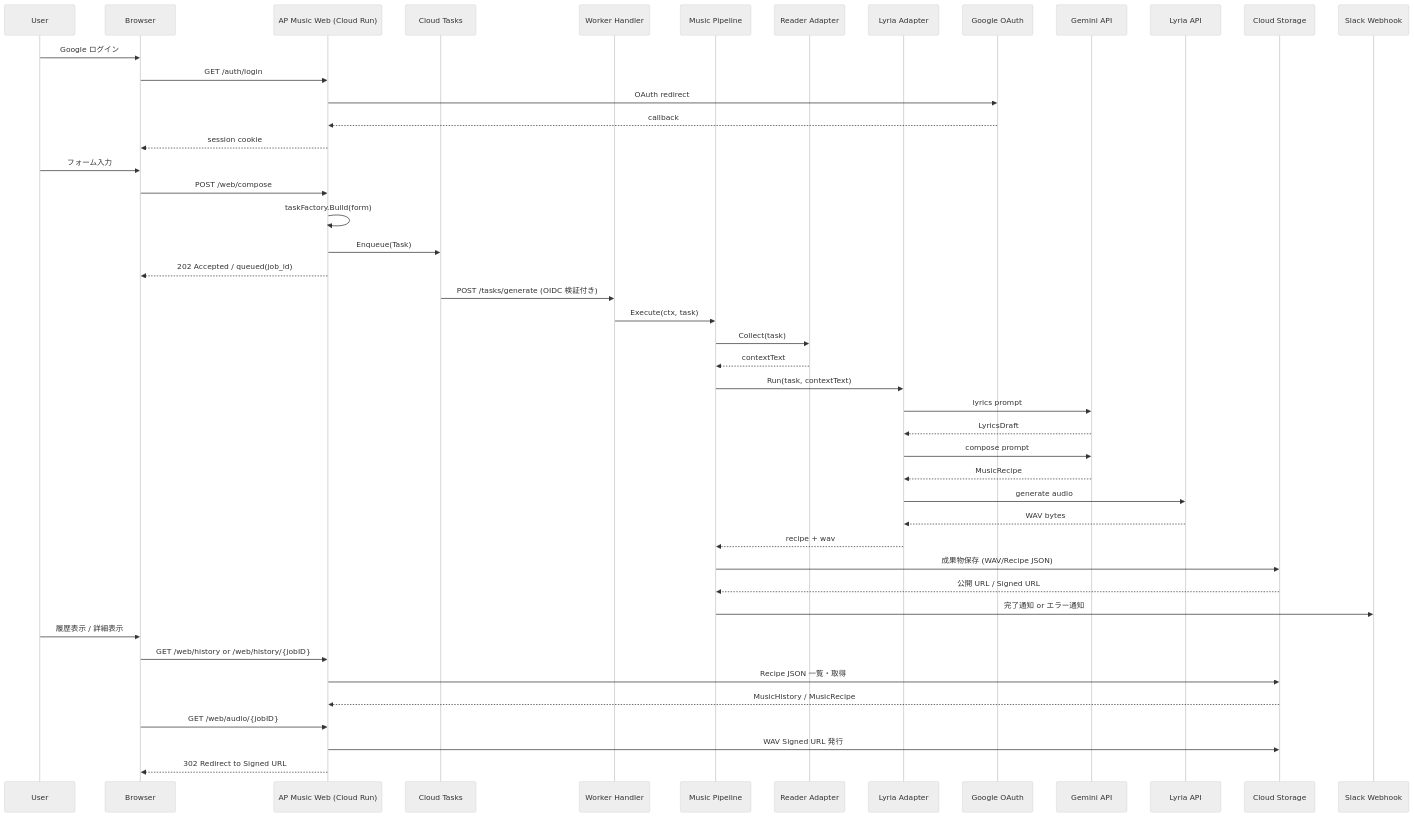
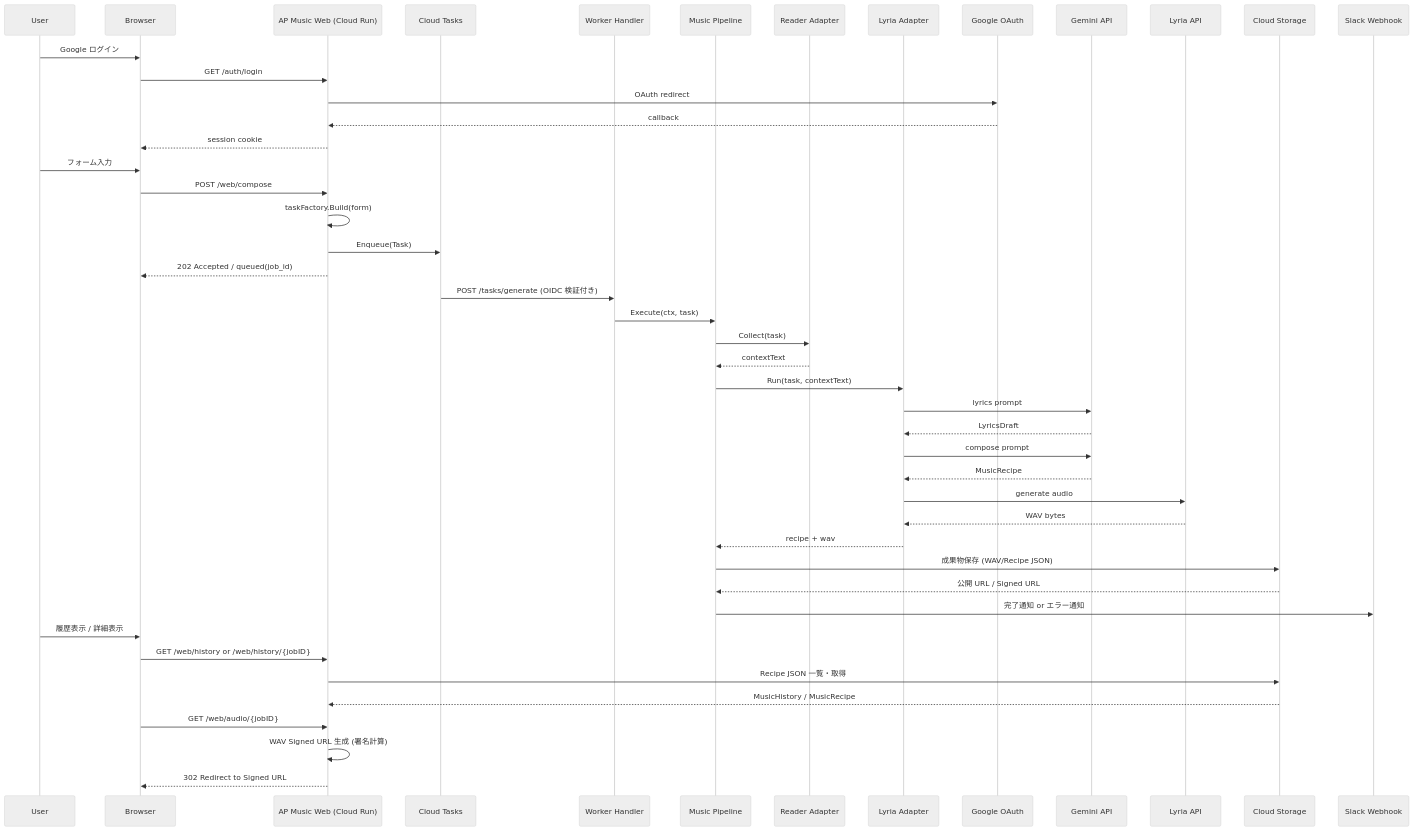
The diagram in README.md (shouni/ap-music), drawn with Mermaid (neutral theme) before and after one commit. The commit also changed other lines of this file, not shown here.

Commit message:
Update README: clarify `PORT` description for Cloud Run and refine sequence diagram details

````diff
--- a/README.md
+++ b/README.md
@@ -160,55 +160,55 @@
 ```mermaid
 sequenceDiagram
     participant User as User
     participant Browser as Browser
     participant Web as AP Music Web (Cloud Run)
     participant Queue as Cloud Tasks
     participant Worker as Worker Handler
     participant Pipeline as Music Pipeline
     participant Collector as Reader Adapter
     participant Runner as Lyria Adapter
     participant Auth as Google OAuth
     participant Gemini as Gemini API
     participant Lyria as Lyria API
     participant GCS as Cloud Storage
     participant Slack as Slack Webhook
 
     User->>Browser: Google ログイン
     Browser->>Web: GET /auth/login
     Web->>Auth: OAuth redirect
     Auth-->>Web: callback
     Web-->>Browser: session cookie
 
     User->>Browser: フォーム入力
     Browser->>Web: POST /web/compose
     Web->>Web: taskFactory.Build(form)
     Web->>Queue: Enqueue(Task)
     Web-->>Browser: 202 Accepted / queued(job_id)
 
     Queue->>Worker: POST /tasks/generate (OIDC 検証付き)
     Worker->>Pipeline: Execute(ctx, task)
 
     Pipeline->>Collector: Collect(task)
     Collector-->>Pipeline: contextText
 
     Pipeline->>Runner: Run(task, contextText)
     Runner->>Gemini: lyrics prompt
     Gemini-->>Runner: LyricsDraft
     Runner->>Gemini: compose prompt
     Gemini-->>Runner: MusicRecipe
     Runner->>Lyria: generate audio
     Lyria-->>Runner: WAV bytes
     Runner-->>Pipeline: recipe + wav
 
     Pipeline->>GCS: 成果物保存 (WAV/Recipe JSON)
     GCS-->>Pipeline: 公開 URL / Signed URL
     Pipeline->>Slack: 完了通知 or エラー通知
 
     User->>Browser: 履歴表示 / 詳細表示
     Browser->>Web: GET /web/history or /web/history/{jobID}
     Web->>GCS: Recipe JSON 一覧・取得
     GCS-->>Web: MusicHistory / MusicRecipe
     Browser->>Web: GET /web/audio/{jobID}
-    Web->>GCS: WAV Signed URL 発行
+   Web->>Web: WAV Signed URL 生成 (署名計算)
     Web-->>Browser: 302 Redirect to Signed URL
 ```
````
